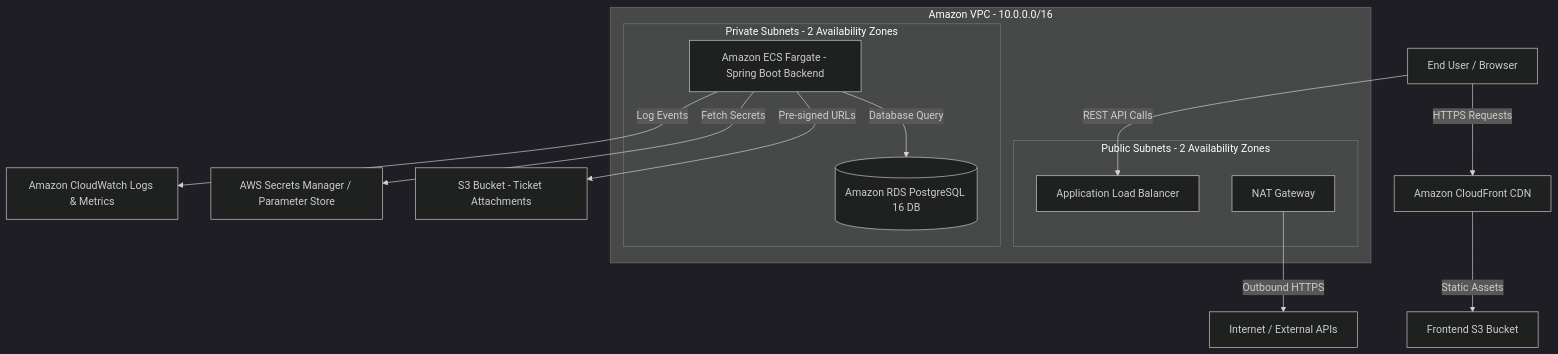
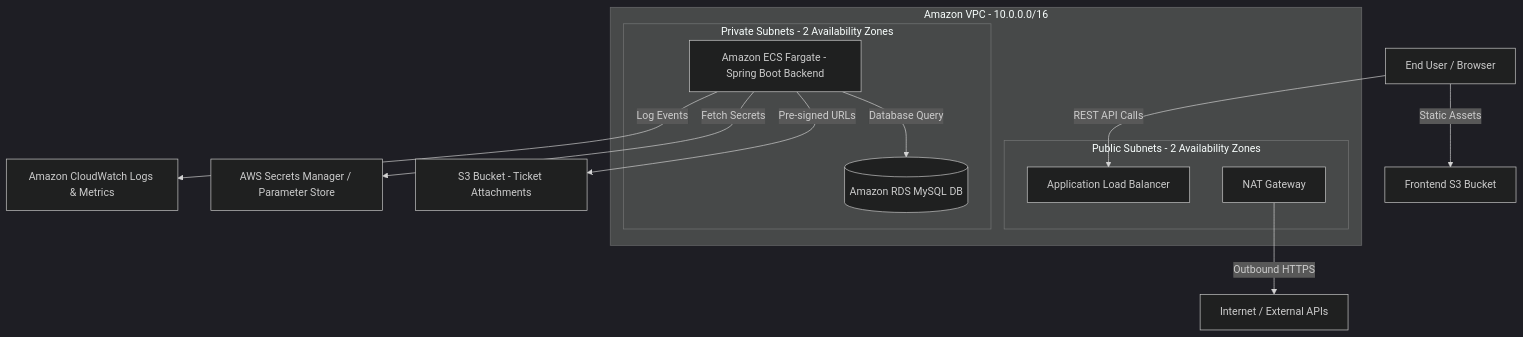
One commit to adepuramya/ticketdesk-main changed the diagram in docs/architecture.md. Above: the diagram before and after it, drawn with Mermaid (dark theme). The commit also changed other lines of this file and 9 other files, not shown here.

Commit message:
Deploy TicketDesk to AWS eu-north-1 (bypassed CloudFront, added IAM database secret permissions, updated documentation)

````diff
--- a/docs/architecture.md
+++ b/docs/architecture.md
@@ -9,24 +9,23 @@
 ```mermaid
 graph TD
-    User[End User / Browser] -->|HTTPS Requests| CF[Amazon CloudFront CDN]
-    CF -->|Static Assets| S3Web[Frontend S3 Bucket]
+    User[End User / Browser] -->|Static Assets| S3Web[Frontend S3 Bucket]
     User -->|REST API Calls| ALB[Application Load Balancer]
 
     subgraph AWS VPC [Amazon VPC - 10.0.0.0/16]
         subgraph Public Subnets [Public Subnets - 2 Availability Zones]
             ALB
             NAT[NAT Gateway]
         end
 
         subgraph Private Subnets [Private Subnets - 2 Availability Zones]
             ECS[Amazon ECS Fargate - Spring Boot Backend]
-            RDS[(Amazon RDS PostgreSQL 16 DB)]
+            RDS[(Amazon RDS MySQL DB)]
         end
     end
 
     ECS -->|Database Query| RDS
     ECS -->|Pre-signed URLs| S3Attach[S3 Bucket - Ticket Attachments]
     ECS -->|Fetch Secrets| SecMgr[AWS Secrets Manager / Parameter Store]
     ECS -->|Log Events| CW[Amazon CloudWatch Logs & Metrics]
     NAT -->|Outbound HTTPS| Internet[Internet / External APIs]
 ```
````
